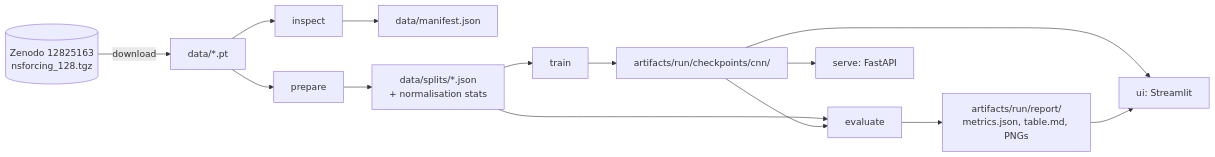
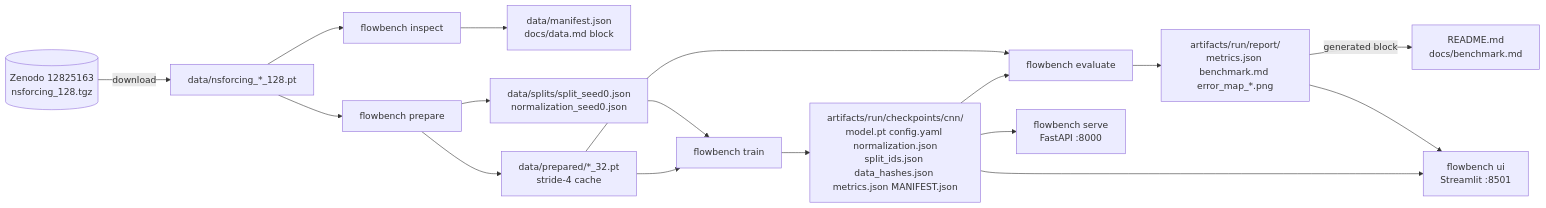
Before and after one commit to AbdulAliMamnun/flowbench: the diagram in docs/architecture.md, drawn with Mermaid. The commit also changed other lines of this file and 2 other files, not shown here.

First line of the commit message:
docs: README with generated benchmark, architecture decisions and changelog for v0.1.0

````diff
--- a/docs/architecture.md
+++ b/docs/architecture.md
@@ -28,12 +39,18 @@
 ```mermaid
 flowchart LR
-    Z[(Zenodo 12825163<br/>nsforcing_128.tgz)] -->|download| D[data/*.pt]
-    D --> I[inspect] --> M[data/manifest.json]
-    D --> P[prepare] --> S[data/splits/*.json<br/>+ normalisation stats]
-    S --> T[train] --> C[artifacts/run/checkpoints/cnn/]
-    S --> E[evaluate]
-    C --> E --> R[artifacts/run/report/<br/>metrics.json, table.md, PNGs]
-    C --> API[serve: FastAPI]
-    C --> UI[ui: Streamlit]
+    Z[(Zenodo 12825163<br/>nsforcing_128.tgz)] -->|download| D[data/nsforcing_*_128.pt]
+    D --> I[flowbench inspect] --> M[data/manifest.json<br/>docs/data.md block]
+    D --> P[flowbench prepare]
+    P --> C32[data/prepared/*_32.pt<br/>stride-4 cache]
+    P --> S[data/splits/split_seed0.json<br/>normalization_seed0.json]
+    C32 --> T[flowbench train]
+    S --> T
+    T --> K[artifacts/run/checkpoints/cnn/<br/>model.pt config.yaml normalization.json<br/>split_ids.json data_hashes.json metrics.json MANIFEST.json]
+    K --> E[flowbench evaluate]
+    C32 --> E
+    E --> R[artifacts/run/report/<br/>metrics.json benchmark.md error_map_*.png]
+    R -->|generated block| README[README.md<br/>docs/benchmark.md]
+    K --> API[flowbench serve<br/>FastAPI :8000]
+    K --> UI[flowbench ui<br/>Streamlit :8501]
     R --> UI
 ```
````
